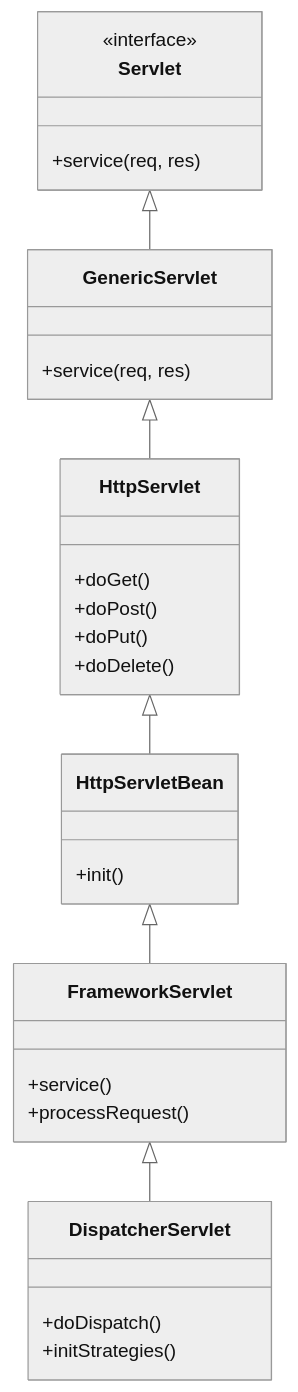
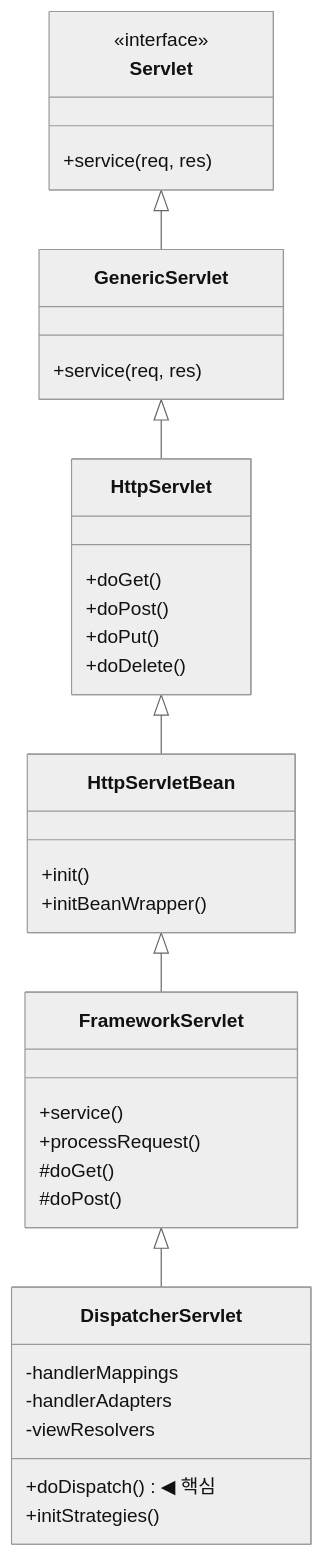
One commit to yjkim2015/yjkim2015.github.io changed the second of 10 diagrams in _posts/spring/2026-05-02-spring-mvc-deep.md. Above: the diagram before and after it, drawn with Mermaid (neutral theme). The commit also changed other lines of this file and 32 other files, not shown here.

````diff
--- a/_posts/spring/2026-05-02-spring-mvc-deep.md
+++ b/_posts/spring/2026-05-02-spring-mvc-deep.md
@@ -64,33 +85,39 @@
 ```mermaid
 classDiagram
     class Servlet {
         <<interface>>
         +service(req, res)
     }
     class GenericServlet {
         +service(req, res)
     }
     class HttpServlet {
         +doGet()
         +doPost()
         +doPut()
         +doDelete()
     }
     class HttpServletBean {
         +init()
+        +initBeanWrapper()
     }
     class FrameworkServlet {
         +service()
         +processRequest()
+        #doGet()
+        #doPost()
     }
     class DispatcherServlet {
-        +doDispatch()
+        +doDispatch() ◀ 핵심
         +initStrategies()
+        -handlerMappings
+        -handlerAdapters
+        -viewResolvers
     }
 
     Servlet <|-- GenericServlet
     GenericServlet <|-- HttpServlet
     HttpServlet <|-- HttpServletBean
     HttpServletBean <|-- FrameworkServlet
     FrameworkServlet <|-- DispatcherServlet
 ```
````
